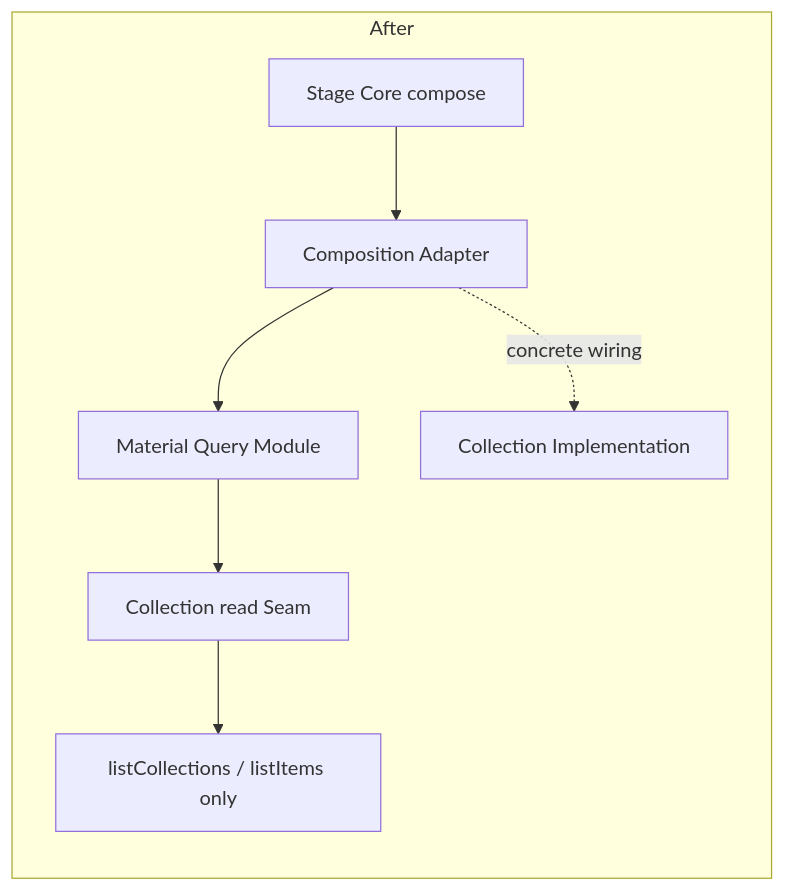
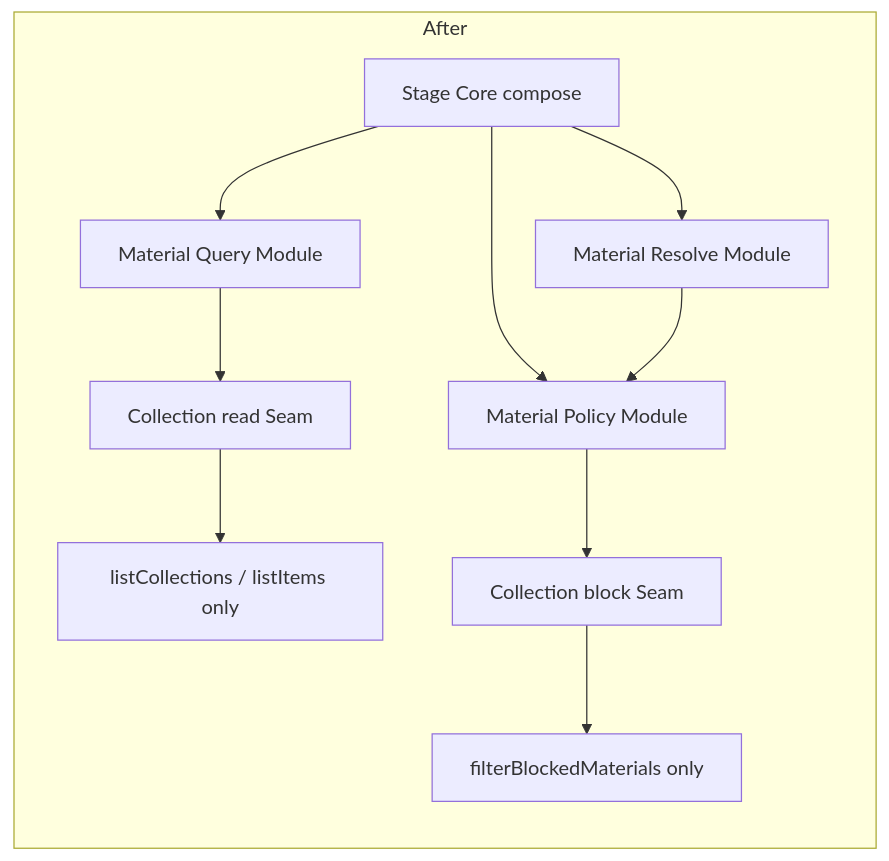
Before and after one commit to Odefined/MineMusic: the fourth of 12 diagrams in docs/maintenance/minemusic_architecture_improvement_report.md, drawn with Mermaid. The commit also changed other lines of this file and 21 other files, not shown here.

Commit message:
narrow material collection seams and resolve policy handoff

````diff
--- a/docs/maintenance/minemusic_architecture_improvement_report.md
+++ b/docs/maintenance/minemusic_architecture_improvement_report.md
@@ -308,10 +300,13 @@
 ```mermaid
 flowchart LR
   subgraph After
-    SC2["Stage Core compose"] --> AD2["Composition Adapter"]
-    AD2 --> MQ2["Material Query Module"]
+    SC2["Stage Core compose"] --> MQ2["Material Query Module"]
+    SC2 --> MP2["Material Policy Module"]
+    SC2 --> MR2["Material Resolve Module"]
     MQ2 --> CR2["Collection read Seam"]
     CR2 --> R2["listCollections / listItems only"]
-    AD2 -. concrete wiring .-> CP2["Collection Implementation"]
+    MP2 --> CB2["Collection block Seam"]
+    CB2 --> B2["filterBlockedMaterials only"]
+    MR2 --> MP2
   end
 ```
````
